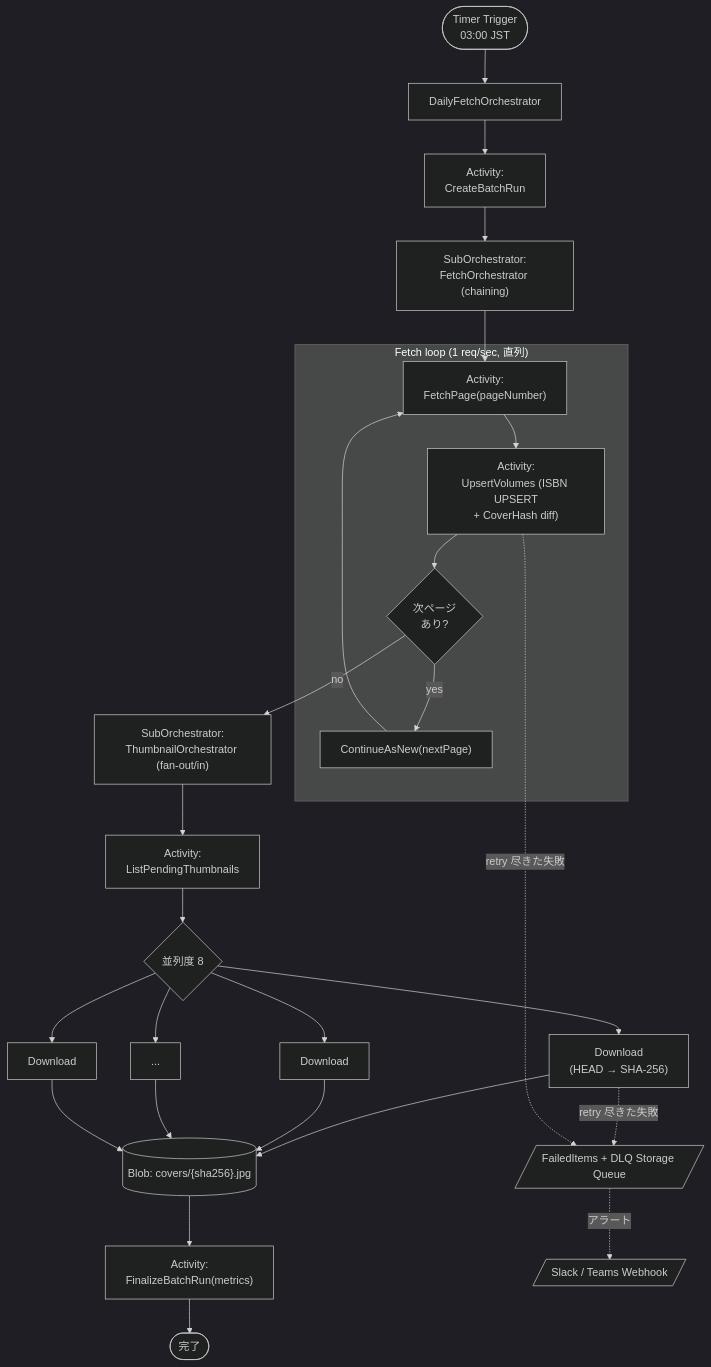
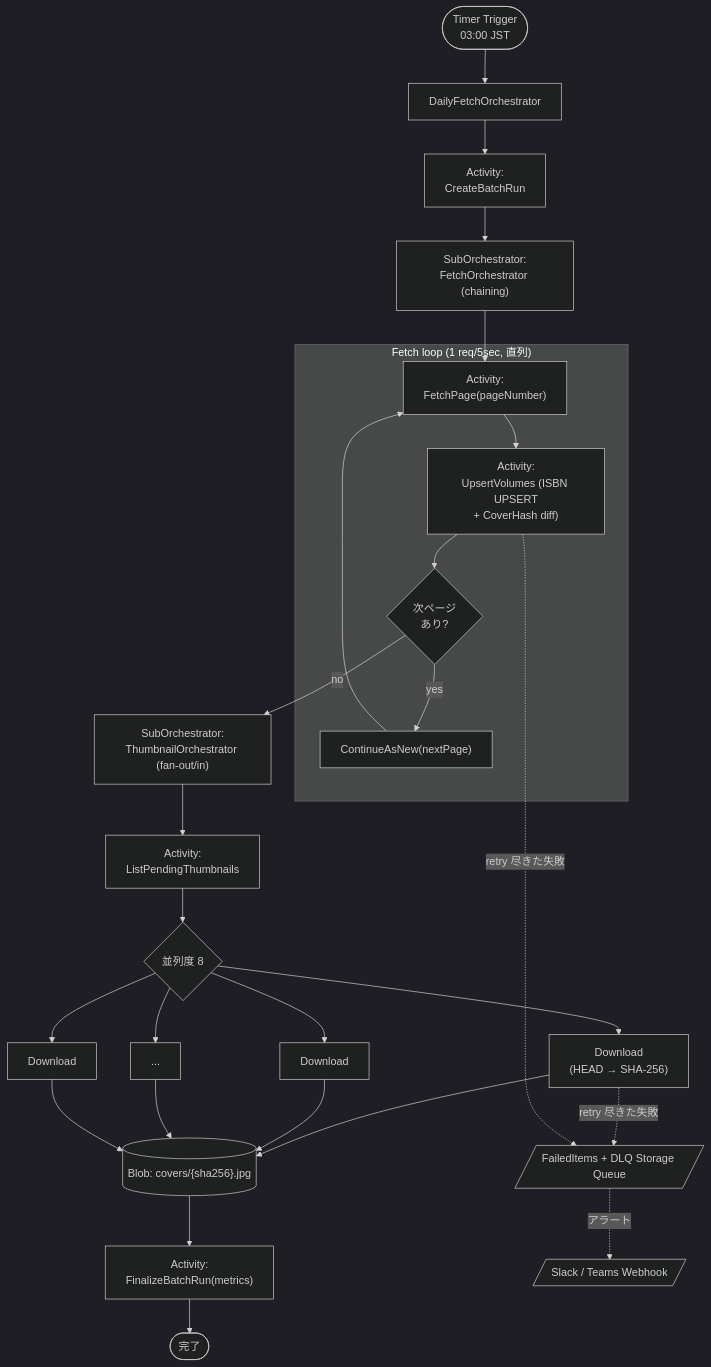
One commit to Takas0522/ComiCal changed the diagram in docs/specs/oo-init/09-rakuten-and-batch.md. Above: the diagram before and after it, drawn with Mermaid (dark theme). The commit also changed other lines of this file and 7 other files, not shown here.

````diff
--- a/docs/specs/oo-init/09-rakuten-and-batch.md
+++ b/docs/specs/oo-init/09-rakuten-and-batch.md
@@ -47,35 +47,35 @@
 ```mermaid
 flowchart TB
     Timer([Timer Trigger<br/>03:00 JST]) --> Daily["DailyFetchOrchestrator"]
     Daily --> CreateRun["Activity:<br/>CreateBatchRun"]
     CreateRun --> FetchOrch["SubOrchestrator:<br/>FetchOrchestrator (chaining)"]
 
-    subgraph FetchLoop["Fetch loop (1 req/sec, 直列)"]
+    subgraph FetchLoop["Fetch loop (1 req/5sec, 直列)"]
         FetchPage["Activity:<br/>FetchPage(pageNumber)"] --> Upsert["Activity:<br/>UpsertVolumes (ISBN UPSERT<br/>+ CoverHash diff)"]
         Upsert --> Continue{"次ページ<br/>あり?"}
         Continue -- yes --> ContinueAsNew["ContinueAsNew(nextPage)"]
         ContinueAsNew --> FetchPage
     end
 
     FetchOrch --> FetchPage
     Continue -- no --> ThumbOrch["SubOrchestrator:<br/>ThumbnailOrchestrator (fan-out/in)"]
 
     ThumbOrch --> ListPending["Activity:<br/>ListPendingThumbnails"]
     ListPending --> FanOut{"並列度 8"}
     FanOut --> A1["Download<br/>(HEAD → SHA-256)"]
     FanOut --> A2["Download"]
     FanOut --> A3["..."]
     FanOut --> A8["Download"]
     A1 --> Blob[("Blob: covers/{sha256}.jpg")]
     A2 --> Blob
     A3 --> Blob
     A8 --> Blob
 
     Blob --> Finalize["Activity:<br/>FinalizeBatchRun(metrics)"]
     Finalize --> Done([完了])
 
     Failed[/FailedItems + DLQ Storage Queue/]
     A1 -. retry 尽きた失敗 .-> Failed
     Upsert -. retry 尽きた失敗 .-> Failed
     Failed -. アラート .-> Slack[/Slack / Teams Webhook/]
 ```
````
